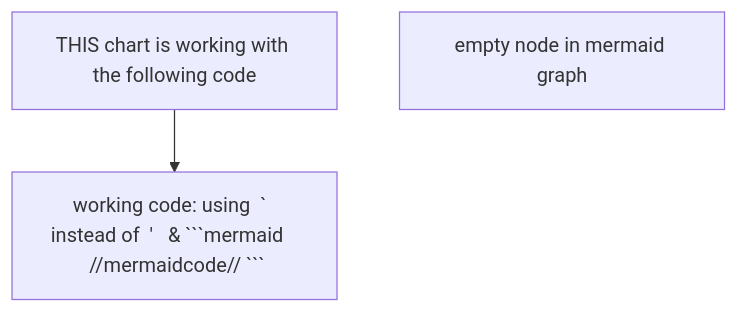
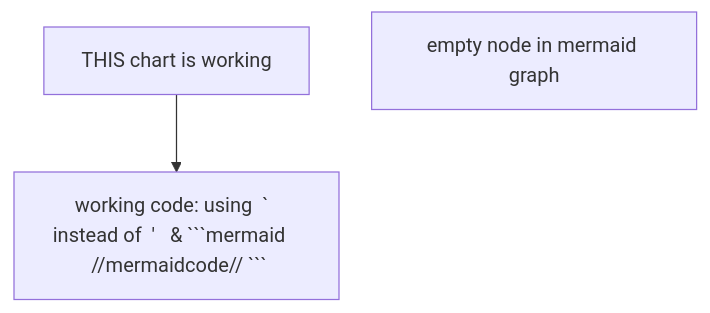
One commit to Triton-S/Cookie_world changed the diagram in README.md. Above: the diagram before and after it, drawn with Mermaid.

````diff
--- a/README.md
+++ b/README.md
@@ -1,5 +1,5 @@
 ```mermaid
 graph TD
-    A[THIS chart is working with the following code]-->B[working code: using  `  instead of  '   & ```mermaid    //mermaidcode// ```]
+    A[THIS chart is working]-->B[working code: using  `  instead of  '   & ```mermaid    //mermaidcode// ```]
     C[empty node in mermaid graph]
 ```
````
